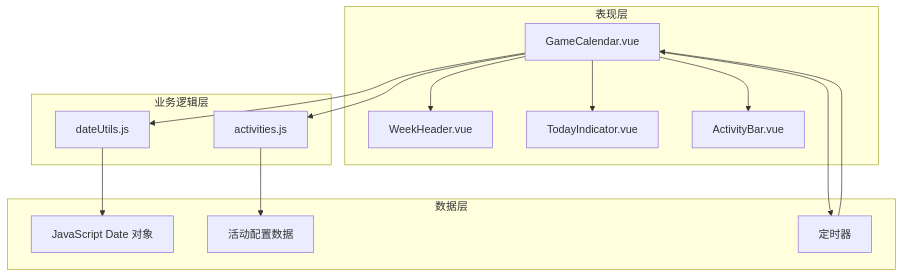
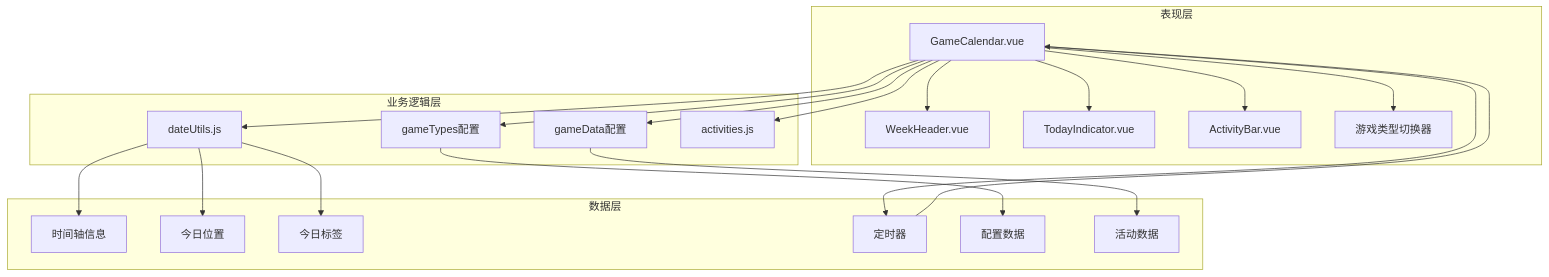
One commit to xuanyulingnfeg/gameCalendar changed the third of 10 diagrams in .qoder/repowiki/zh/content/核心组件/GameCalendar 主容器组件.md. Above: the diagram before and after it, drawn with Mermaid. The commit also changed other lines of this file and 5 other files, not shown here.

````diff
--- a/.qoder/repowiki/zh/content/核心组件/GameCalendar 主容器组件.md
+++ b/.qoder/repowiki/zh/content/核心组件/GameCalendar 主容器组件.md
@@ -133,27 +145,39 @@
 ```mermaid
 graph TB
 subgraph "表现层"
 GameCalendar[GameCalendar.vue]
 WeekHeader[WeekHeader.vue]
 TodayIndicator[TodayIndicator.vue]
 ActivityBar[ActivityBar.vue]
+GameTypeSwitcher[游戏类型切换器]
 end
 subgraph "业务逻辑层"
 DateUtils[dateUtils.js]
+GameTypes[gameTypes配置]
+GameData[gameData配置]
 ActivitiesConfig[activities.js]
 end
 subgraph "数据层"
-Date[JavaScript Date 对象]
-Config[活动配置数据]
+TimelineInfo[时间轴信息]
+TodayPosition[今日位置]
+TodayLabel[今日标签]
 Timer[定时器]
+Config[配置数据]
+Activities[活动数据]
 end
 GameCalendar --> WeekHeader
 GameCalendar --> TodayIndicator
 GameCalendar --> ActivityBar
+GameCalendar --> GameTypeSwitcher
 GameCalendar --> DateUtils
+GameCalendar --> GameTypes
+GameCalendar --> GameData
 GameCalendar --> ActivitiesConfig
-DateUtils --> Date
-ActivitiesConfig --> Config
+DateUtils --> TimelineInfo
+DateUtils --> TodayPosition
+DateUtils --> TodayLabel
+GameTypes --> Config
+GameData --> Activities
 Timer --> GameCalendar
 GameCalendar --> Timer
 ```
````
